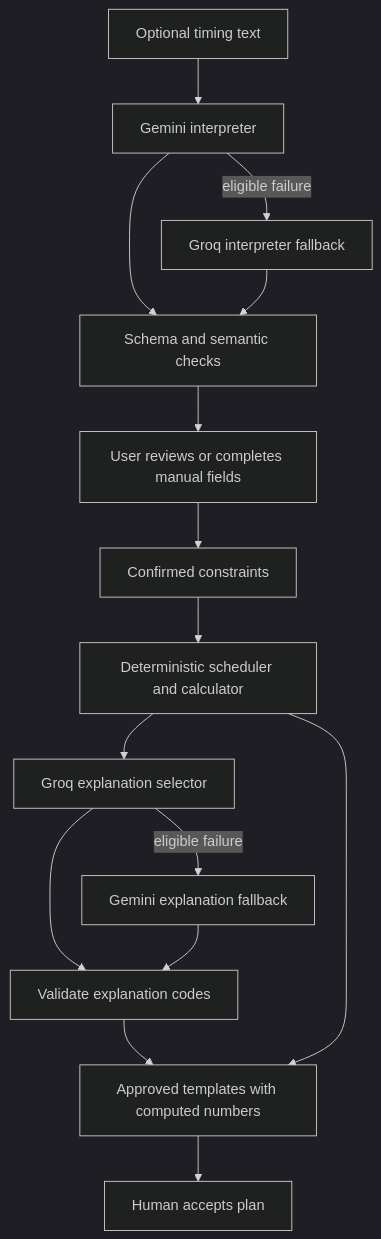
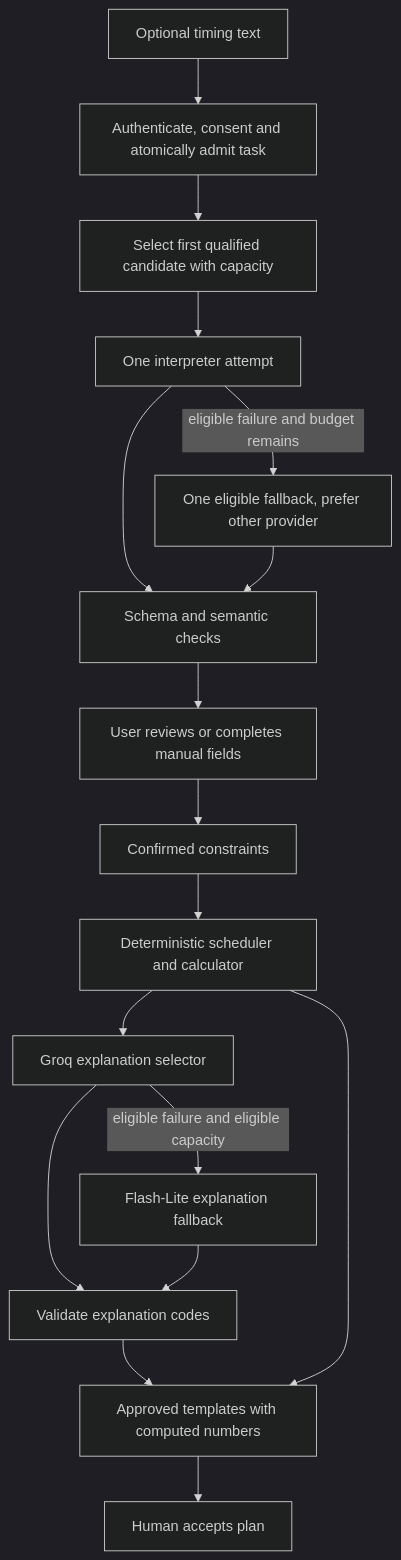
Before and after one commit to z-lovejeet/CarbonShift: the diagram in docs/09-ai-agents-models-and-workflow.md, drawn with Mermaid (dark theme). The commit also changed other lines of this file and 2 other files, not shown here.

````diff
--- a/docs/09-ai-agents-models-and-workflow.md
+++ b/docs/09-ai-agents-models-and-workflow.md
@@ -108,17 +131,19 @@
 ```mermaid
 flowchart TD
-  T[Optional timing text] --> A[Gemini interpreter]
+  T[Optional timing text] --> Q[Authenticate, consent and atomically admit task]
+  Q --> P[Select first qualified candidate with capacity]
+  P --> A[One interpreter attempt]
   A --> V[Schema and semantic checks]
-  A -->|eligible failure| GF[Groq interpreter fallback]
+  A -->|eligible failure and budget remains| GF[One eligible fallback, prefer other provider]
   GF --> V
   V --> R[User reviews or completes manual fields]
   R --> C[Confirmed constraints]
   C --> S[Deterministic scheduler and calculator]
   S --> B[Groq explanation selector]
   B --> EV[Validate explanation codes]
-  B -->|eligible failure| GE[Gemini explanation fallback]
+  B -->|eligible failure and eligible capacity| GE[Flash-Lite explanation fallback]
   GE --> EV
   EV --> UI[Approved templates with computed numbers]
   S --> UI
   UI --> H[Human accepts plan]
 ```
````
